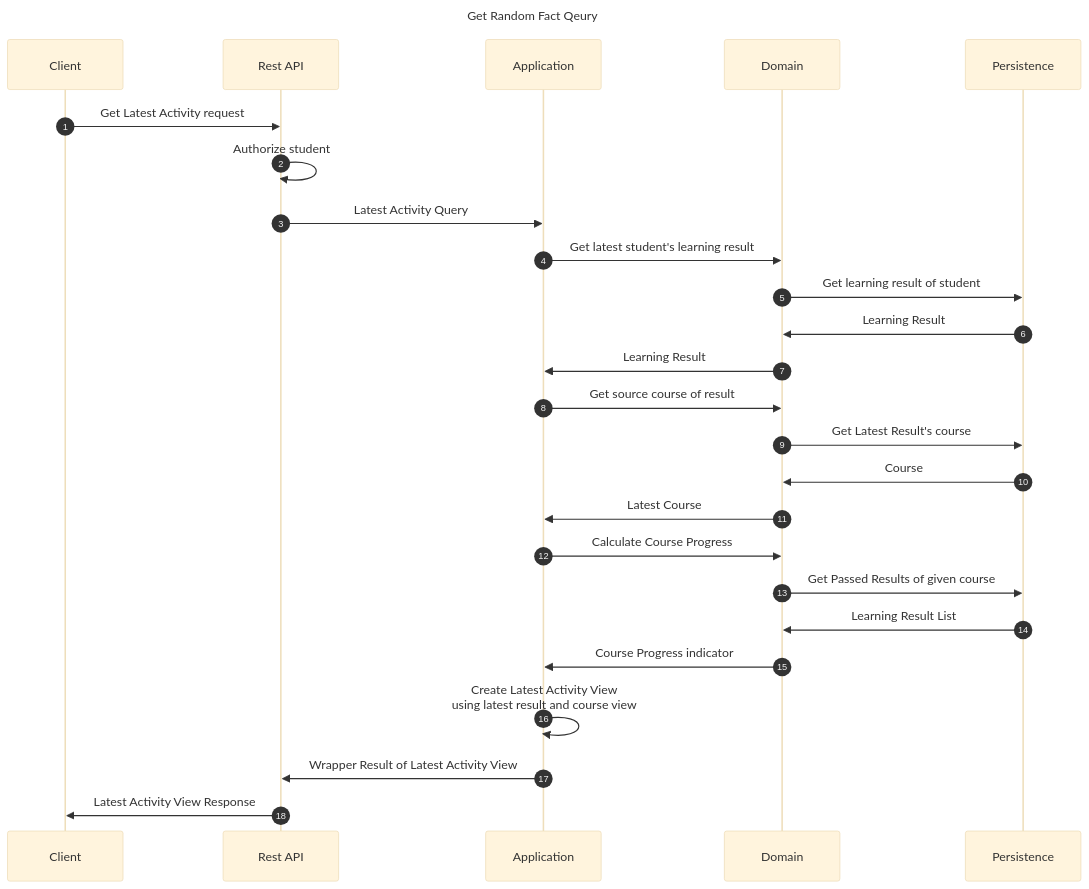
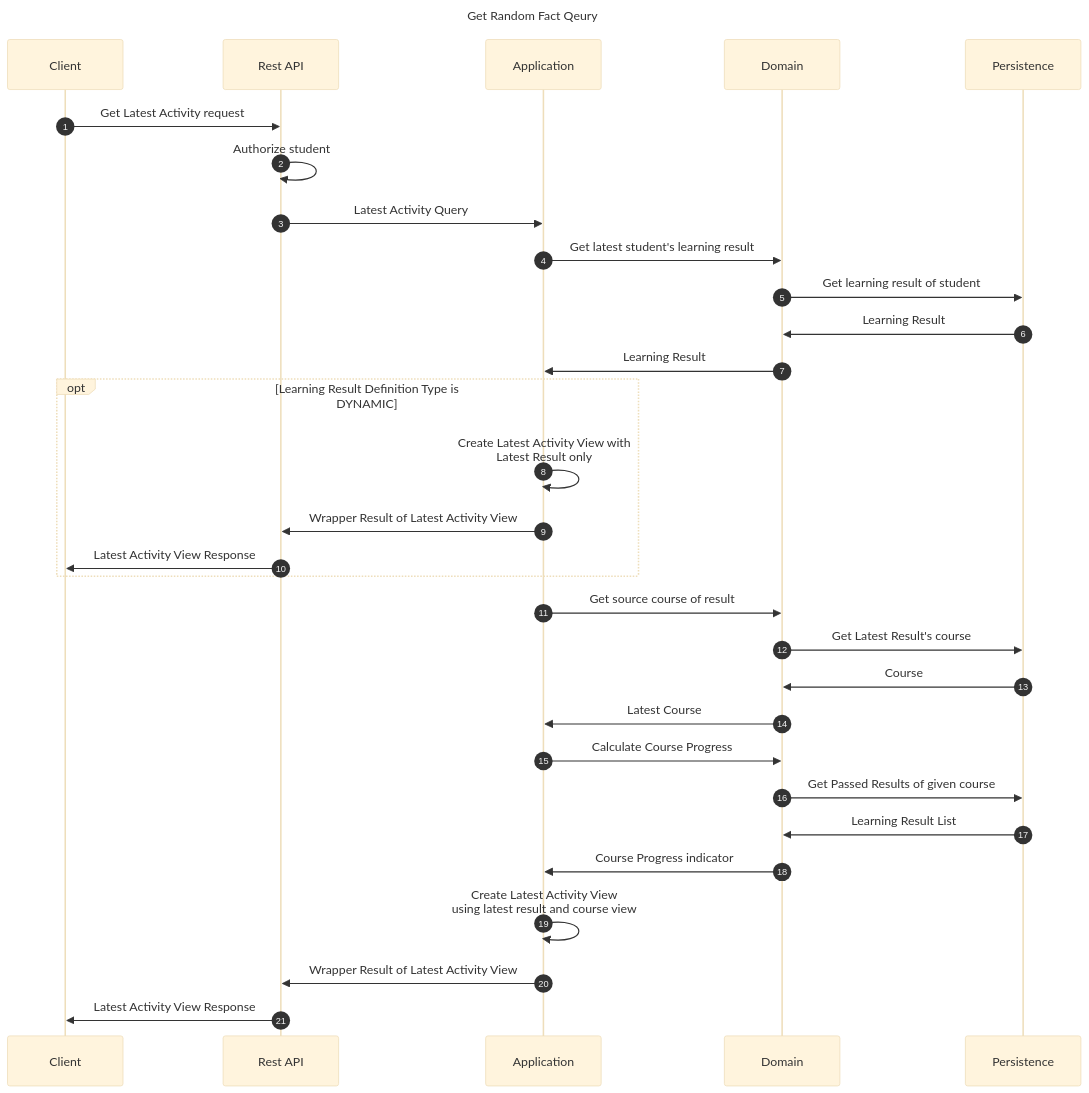
The diagram in docs/edutie/flows/learning/ancillaries/GetLatestActivity.md (EdutieProject/edutie-backend), drawn with Mermaid (base theme) before and after one commit. The commit also changed 2 other files, not shown here.

Commit message:
Contract change

````diff
--- a/docs/edutie/flows/learning/ancillaries/GetLatestActivity.md
+++ b/docs/edutie/flows/learning/ancillaries/GetLatestActivity.md
@@ -7,30 +7,35 @@
 ```mermaid
 ---
 title: Get Random Fact Qeury
 ---
 sequenceDiagram
     participant Client
     participant Rest API
     participant Application
     participant Domain
     participant Persistence
     autonumber
     Client ->> Rest API: Get Latest Activity request
     Rest API ->> Rest API: Authorize student
     Rest API ->> Application: Latest Activity Query
     Application ->> Domain: Get latest student's learning result
     Domain ->> Persistence: Get learning result of student
     Persistence ->> Domain: Learning Result
     Domain ->> Application: Learning Result
+    opt Learning Result Definition Type is DYNAMIC
+        Application ->> Application: Create Latest Activity View with<br/>Latest Result only
+        Application ->> Rest API: Wrapper Result of Latest Activity View
+        Rest API ->> Client: Latest Activity View Response
+    end
     Application ->> Domain: Get source course of result
     Domain ->> Persistence: Get Latest Result's course
     Persistence ->> Domain: Course
     Domain ->> Application: Latest Course
     Application ->> Domain: Calculate Course Progress
     Domain ->> Persistence: Get Passed Results of given course
     Persistence ->> Domain: Learning Result List
     Domain ->> Application: Course Progress indicator
     Application ->> Application: Create Latest Activity View<br/>using latest result and course view
     Application ->> Rest API: Wrapper Result of Latest Activity View
     Rest API ->> Client: Latest Activity View Response
 ```
````
